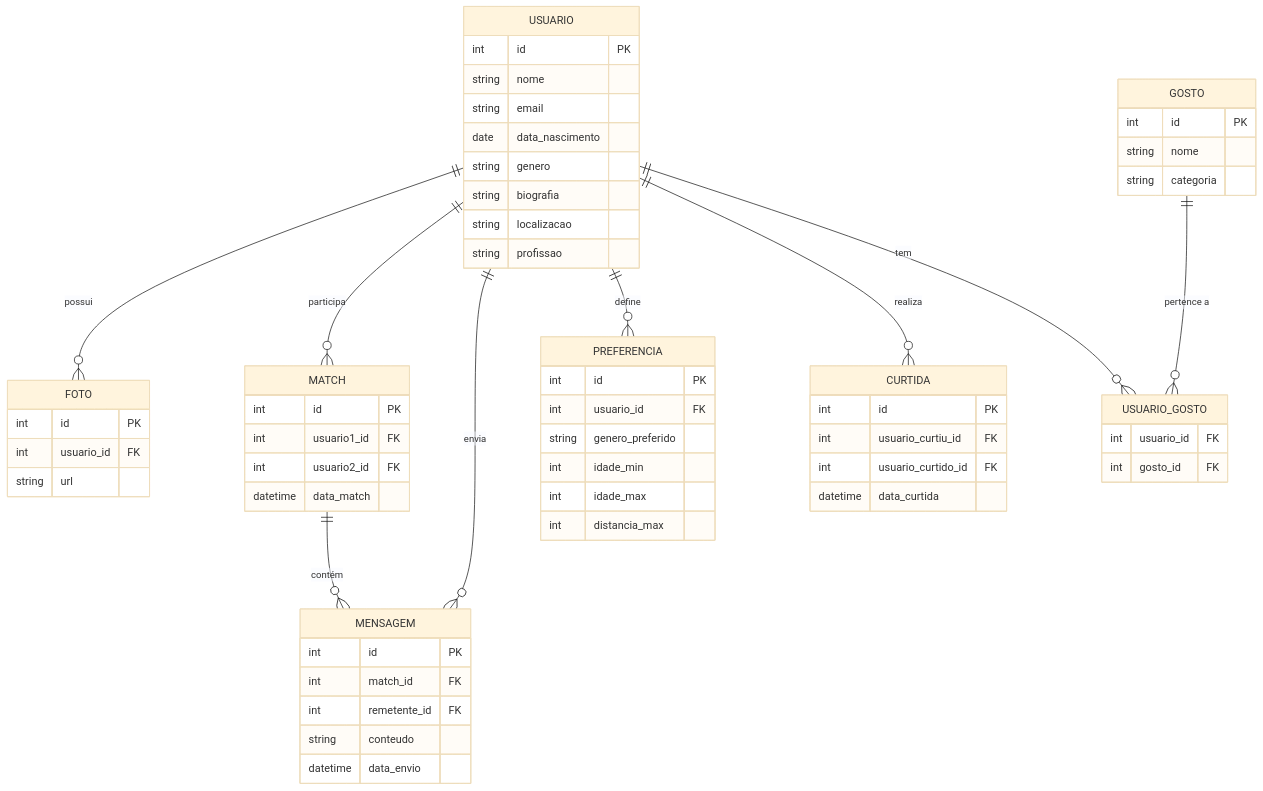
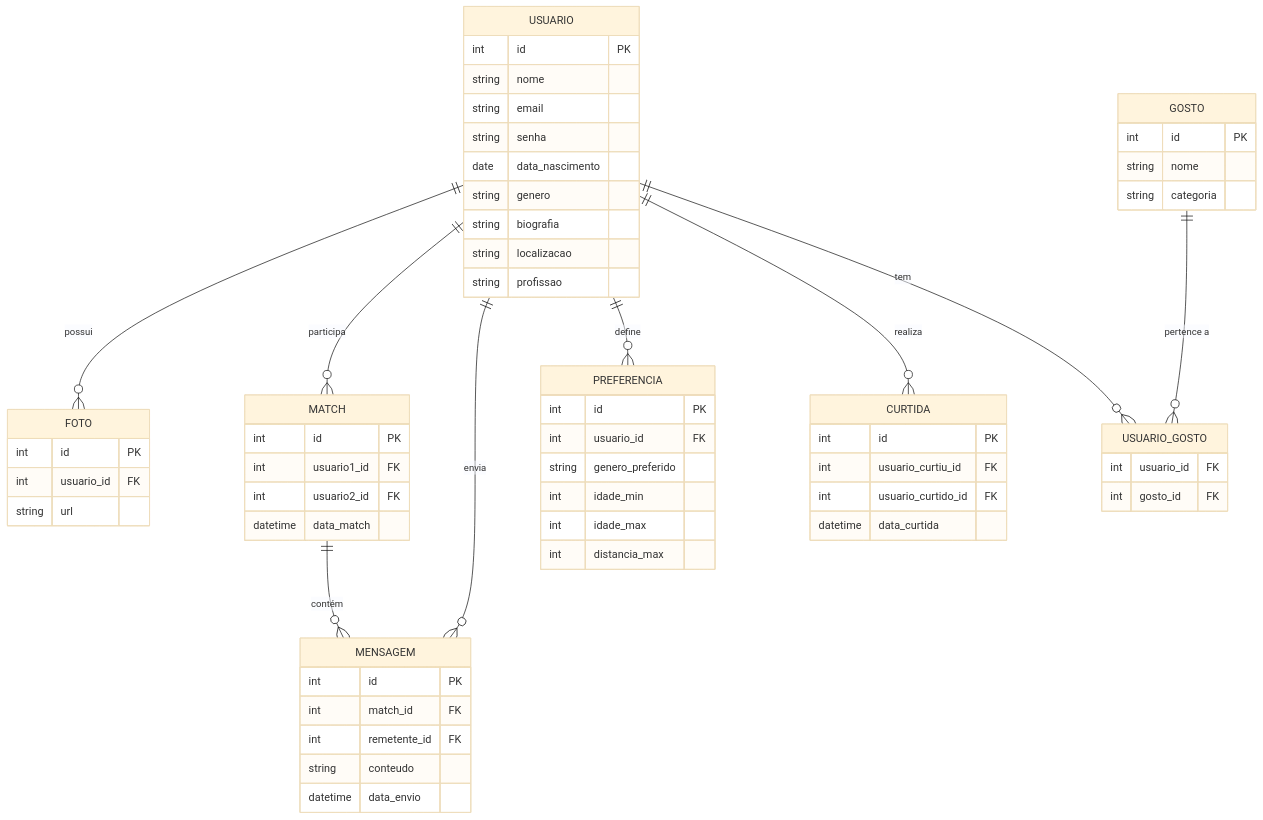
The diagram in estrutura.mermaid (UnPapo/unpapo-back), drawn with Mermaid (base theme) before and after one commit.

```diff
--- a/estrutura.mermaid
+++ b/estrutura.mermaid
@@ -1,61 +1,62 @@
 erDiagram
     USUARIO {
         int id PK
         string nome
         string email
+        string senha
         date data_nascimento
         string genero
         string biografia
         string localizacao
         string profissao
     }
     FOTO {
         int id PK
         int usuario_id FK
         string url
     }
     MATCH {
         int id PK
         int usuario1_id FK
         int usuario2_id FK
         datetime data_match
     }
     MENSAGEM {
         int id PK
         int match_id FK
         int remetente_id FK
         string conteudo
         datetime data_envio
     }
     PREFERENCIA {
         int id PK
         int usuario_id FK
         string genero_preferido
         int idade_min
         int idade_max
         int distancia_max
     }
     CURTIDA {
         int id PK
         int usuario_curtiu_id FK
         int usuario_curtido_id FK
         datetime data_curtida
     }
     GOSTO {
         int id PK
         string nome
         string categoria
     }
     USUARIO_GOSTO {
         int usuario_id FK
         int gosto_id FK
     }
 
     USUARIO ||--o{ FOTO : "possui"
     USUARIO ||--o{ MATCH : "participa"
     USUARIO ||--o{ MENSAGEM : "envia"
     USUARIO ||--o{ PREFERENCIA : "define"
     USUARIO ||--o{ CURTIDA : "realiza"
     USUARIO ||--o{ USUARIO_GOSTO : "tem"
     GOSTO ||--o{ USUARIO_GOSTO : "pertence a"
     MATCH ||--o{ MENSAGEM : "contém"
```
